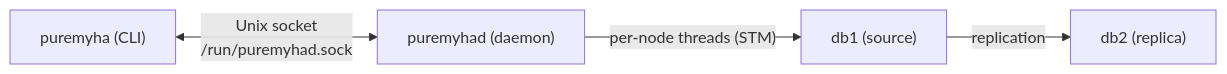
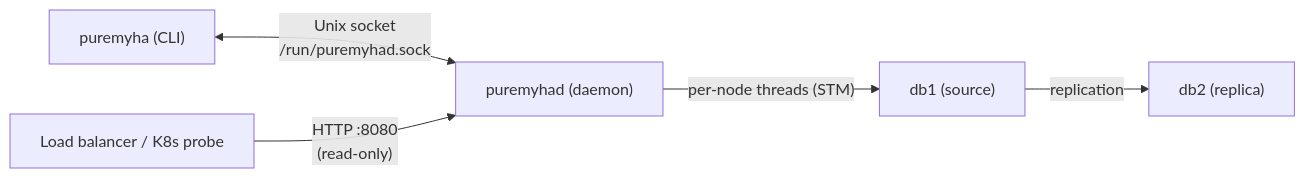
One commit to ikaro1192/PureMyHA changed the diagram in README.md. Above: the diagram before and after it, drawn with Mermaid. The commit also changed other lines of this file, not shown here.

First line of the commit message:
docs: document HTTP health check endpoints in README

````diff
--- a/README.md
+++ b/README.md
@@ -79,6 +80,7 @@
 ```mermaid
 graph LR
     CLI["puremyha (CLI)"] <-->|"Unix socket\n/run/puremyhad.sock"| Daemon["puremyhad (daemon)"]
+    LB["Load balancer / K8s probe"] -->|"HTTP :8080\n(read-only)"| Daemon
     Daemon -->|"per-node threads (STM)"| db1["db1 (source)"]
     db1 -->|replication| db2["db2 (replica)"]
 ```
````
